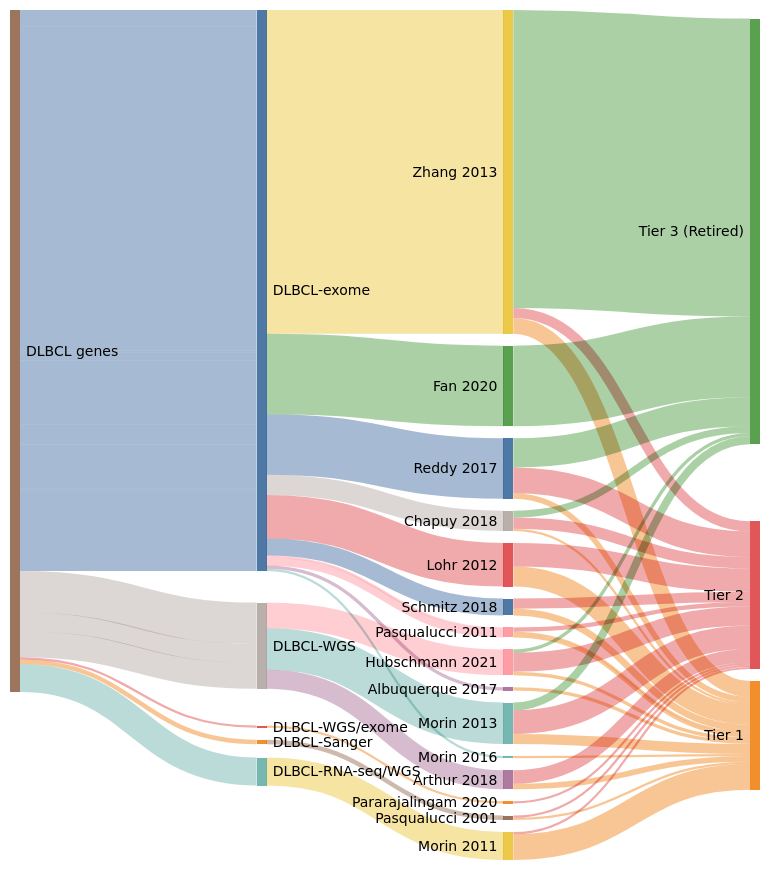
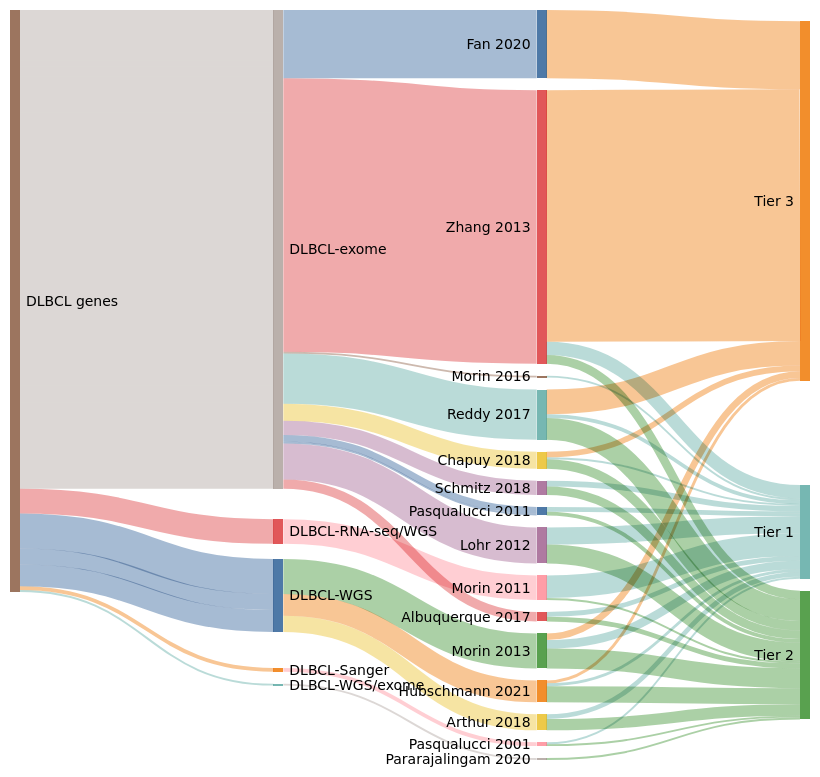
One commit to morinlab/lymphopedia changed the diagram in DLBCL_genes.md. Above: the diagram before and after it, drawn with Mermaid (neutral theme).

````diff
--- a/DLBCL_genes.md
+++ b/DLBCL_genes.md
@@ -10,76 +10,77 @@
 ```mermaid
 ---
 config:
   sankey:
     showValues: false
     linkColor: target
-    width: 750
-    height: 850
+    width: 800
+    height: 750
     nodeAlignment: right
 ---
 sankey-beta
+Fan 2020, Tier 3, 72
+Zhang 2013, Tier 1, 14
+Zhang 2013, Tier 2, 9
+Zhang 2013, Tier 3, 266
+Chapuy 2018, Tier 1, 2
+Chapuy 2018, Tier 2, 10
+Chapuy 2018, Tier 3, 6
 Schmitz 2018, Tier 1, 6
 Schmitz 2018, Tier 2, 9
+Morin 2011, Tier 1, 24
+Morin 2011, Tier 2, 2
+Morin 2016, Tier 1, 2
+Pararajalingam 2020, Tier 2, 2
+Pasqualucci 2011, Tier 1, 2
+Hubschmann 2021, Tier 1, 3
+Hubschmann 2021, Tier 2, 17
+Hubschmann 2021, Tier 3, 3
+Albuquerque 2017, Tier 1, 5
+Albuquerque 2017, Tier 2, 5
+Reddy 2017, Tier 1, 4
+Reddy 2017, Tier 2, 23
+Reddy 2017, Tier 3, 26
 Morin 2013, Tier 1, 9
 Morin 2013, Tier 2, 21
-Morin 2013, Tier 3 (Retired), 7
-Zhang 2013, Tier 1, 14
-Zhang 2013, Tier 2, 9
-Zhang 2013, Tier 3 (Retired), 266
-Albuquerque 2017, Tier 1, 3
-Pasqualucci 2011, Tier 1, 2
+Morin 2013, Tier 3, 7
 Pasqualucci 2011, Tier 1, 3
 Pasqualucci 2011, Tier 2, 4
+Arthur 2018, Tier 1, 5
+Arthur 2018, Tier 2, 12
+Lohr 2012, Tier 1, 18
+Lohr 2012, Tier 2, 20
 Pasqualucci 2001, Tier 1, 2
 Pasqualucci 2001, Tier 2, 2
-Chapuy 2018, Tier 1, 2
-Chapuy 2018, Tier 2, 10
-Chapuy 2018, Tier 3 (Retired), 6
-Reddy 2017, Tier 1, 5
-Reddy 2017, Tier 2, 23
-Reddy 2017, Tier 3 (Retired), 26
-Pararajalingam 2020, Tier 2, 2
-Lohr 2012, Tier 1, 18
-Lohr 2012, Tier 2, 21
-Morin 2016, Tier 1, 2
-Fan 2020, Tier 3 (Retired), 72
-Morin 2011, Tier 1, 23
-Morin 2011, Tier 2, 2
-Arthur 2018, Tier 1, 5
-Arthur 2018, Tier 2, 12
-Hubschmann 2021, Tier 1, 3
-Hubschmann 2021, Tier 2, 17
-Hubschmann 2021, Tier 3 (Retired), 3
+DLBCL genes, DLBCL-exome, 53
+DLBCL-exome, Reddy 2017, 53
 DLBCL genes, DLBCL-WGS, 37
 DLBCL-WGS, Morin 2013, 37
+DLBCL genes, DLBCL-exome, 7
+DLBCL-exome, Pasqualucci 2011, 7
+DLBCL genes, DLBCL-exome, 10
+DLBCL-exome, Albuquerque 2017, 10
+DLBCL genes, DLBCL-WGS, 17
+DLBCL-WGS, Arthur 2018, 17
+DLBCL genes, DLBCL-Sanger, 4
+DLBCL-Sanger, Pasqualucci 2001, 4
+DLBCL genes, DLBCL-exome, 38
+DLBCL-exome, Lohr 2012, 38
+DLBCL genes, DLBCL-exome, 289
+DLBCL-exome, Zhang 2013, 289
+DLBCL genes, DLBCL-exome, 18
+DLBCL-exome, Chapuy 2018, 18
 DLBCL genes, DLBCL-exome, 15
 DLBCL-exome, Schmitz 2018, 15
-DLBCL genes, DLBCL-exome, 289
-DLBCL-exome, Zhang 2013, 289
+DLBCL genes, DLBCL-exome, 72
+DLBCL-exome, Fan 2020, 72
+DLBCL genes, DLBCL-WGS, 23
+DLBCL-WGS, Hubschmann 2021, 23
+DLBCL genes, DLBCL-exome, 2
+DLBCL-exome, Morin 2016, 2
+DLBCL genes, DLBCL-RNA-seq/WGS, 26
+DLBCL-RNA-seq/WGS, Morin 2011, 26
 DLBCL genes, DLBCL-exome, 2
 DLBCL-exome, Pasqualucci 2011, 2
-DLBCL genes, DLBCL-exome, 7
-DLBCL-exome, Pasqualucci 2011, 7
-DLBCL genes, DLBCL-exome, 3
-DLBCL-exome, Albuquerque 2017, 3
-DLBCL genes, DLBCL-Sanger, 4
-DLBCL-Sanger, Pasqualucci 2001, 4
 DLBCL genes, DLBCL-WGS/exome, 2
 DLBCL-WGS/exome, Pararajalingam 2020, 2
-DLBCL genes, DLBCL-exome, 54
-DLBCL-exome, Reddy 2017, 54
-DLBCL genes, DLBCL-exome, 18
-DLBCL-exome, Chapuy 2018, 18
-DLBCL genes, DLBCL-exome, 39
-DLBCL-exome, Lohr 2012, 39
-DLBCL genes, DLBCL-exome, 2
-DLBCL-exome, Morin 2016, 2
-DLBCL genes, DLBCL-exome, 72
-DLBCL-exome, Fan 2020, 72
-DLBCL genes, DLBCL-RNA-seq/WGS, 25
-DLBCL-RNA-seq/WGS, Morin 2011, 25
-DLBCL genes, DLBCL-WGS, 17
-DLBCL-WGS, Arthur 2018, 17
-DLBCL genes, DLBCL-WGS, 23
-DLBCL-WGS, Hubschmann 2021, 23
 ```
````
